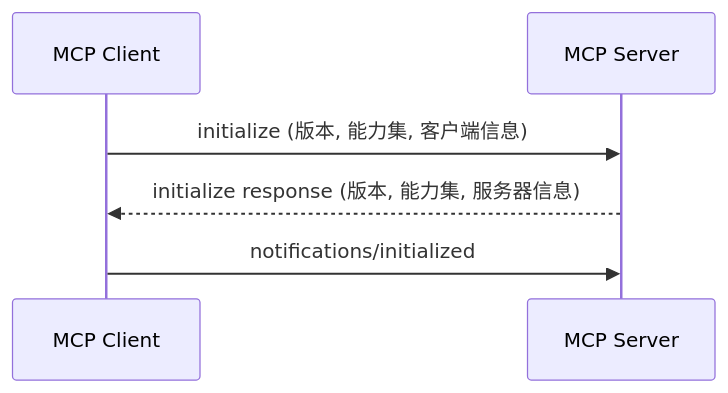
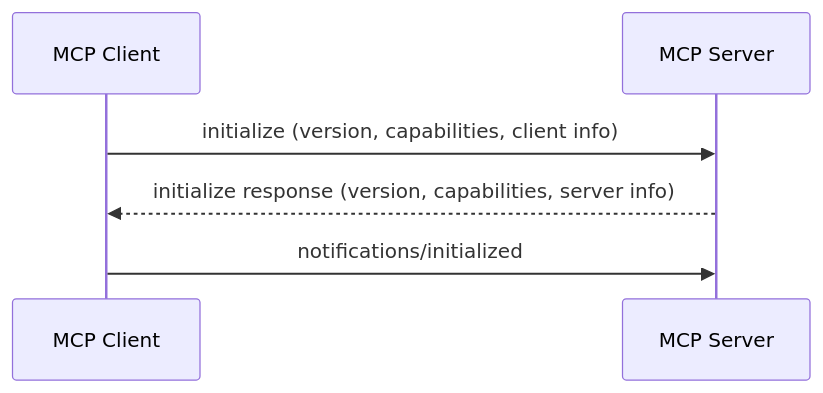
Before and after one commit to zenHeart/learn-ai: the first of 2 diagrams in ppts/mcp/slides.md, drawn with Mermaid. The commit also changed other lines of this file and 7 other files, not shown here.

````diff
--- a/ppts/mcp/slides.md
+++ b/ppts/mcp/slides.md
@@ -61,8 +61,8 @@
 ```mermaid
 sequenceDiagram
     participant C as MCP Client
     participant S as MCP Server
-    C->>S: initialize (版本, 能力集, 客户端信息)
-    S-->>C: initialize response (版本, 能力集, 服务器信息)
+    C->>S: initialize (version, capabilities, client info)
+    S-->>C: initialize response (version, capabilities, server info)
     C->>S: notifications/initialized
 ```
````
